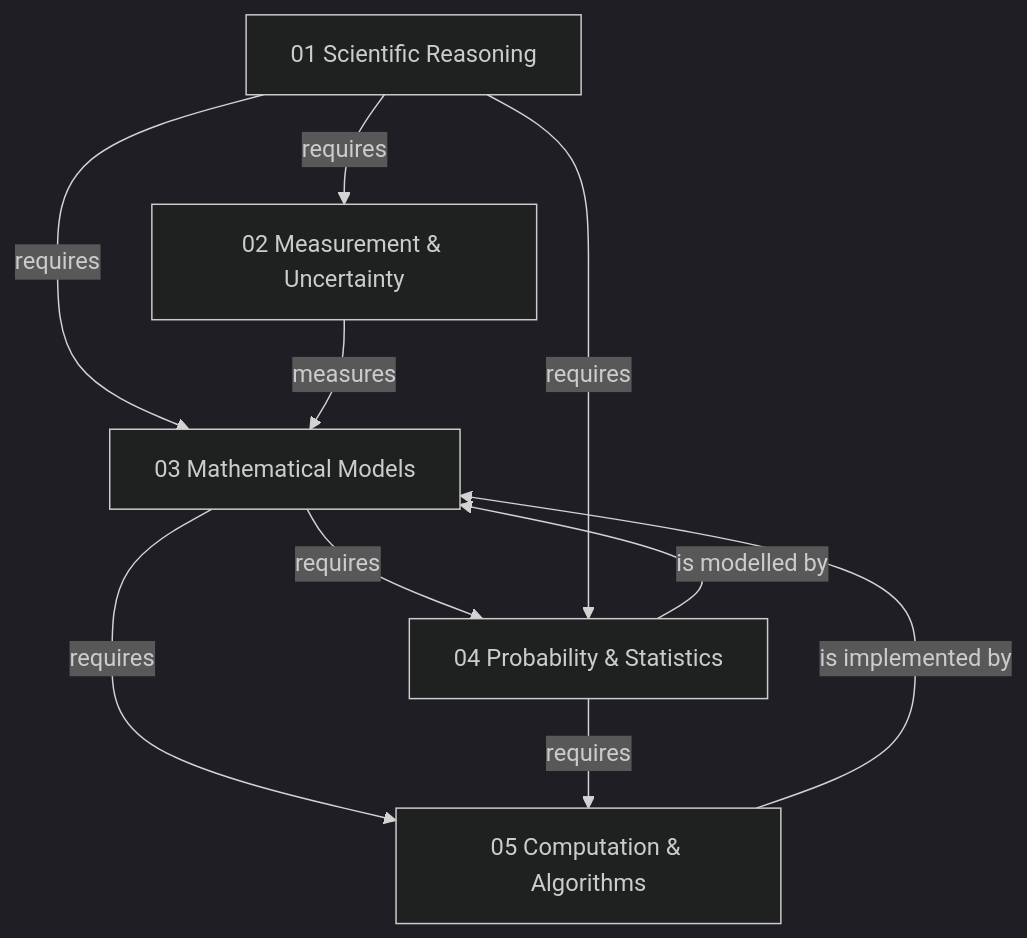
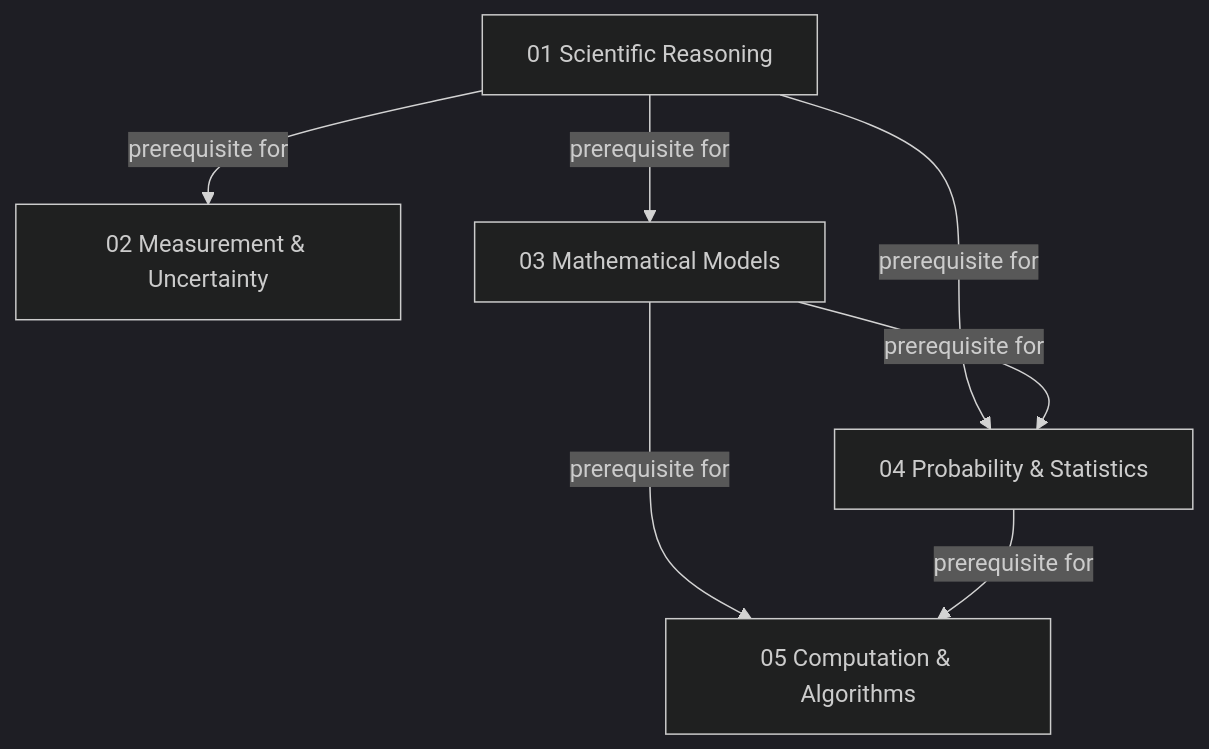
One commit to Rhodan-lab/principle-to-system changed the diagram in maps/foundations-map.md. Above: the diagram before and after it, drawn with Mermaid (dark theme). The commit also changed other lines of this file and 32 other files, not shown here.

````diff
--- a/maps/foundations-map.md
+++ b/maps/foundations-map.md
@@ -16,19 +16,15 @@
 ```mermaid
 graph TD
     M01["01 Scientific Reasoning"]
     M02["02 Measurement & Uncertainty"]
     M03["03 Mathematical Models"]
     M04["04 Probability & Statistics"]
     M05["05 Computation & Algorithms"]
 
-    M01 -->|requires| M02
-    M01 -->|requires| M03
-    M03 -->|requires| M04
-    M01 -->|requires| M04
-    M03 -->|requires| M05
-    M04 -->|requires| M05
-
-    M02 -->|measures| M03
-    M04 -->|is modelled by| M03
-    M05 -->|is implemented by| M03
+    M01 -->|prerequisite for| M02
+    M01 -->|prerequisite for| M03
+    M01 -->|prerequisite for| M04
+    M03 -->|prerequisite for| M04
+    M03 -->|prerequisite for| M05
+    M04 -->|prerequisite for| M05
 ```
````
